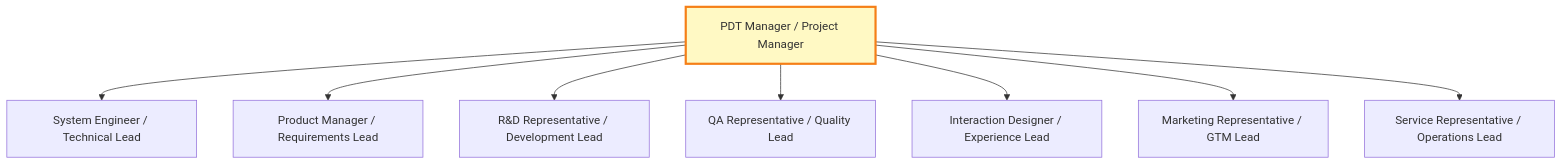
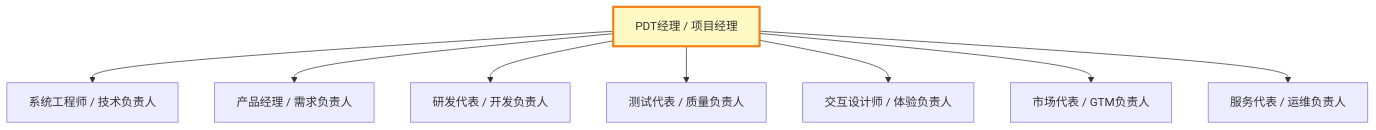
One commit to Kirky-X/cangjie changed diagram 15 of 18 in templates/Product/Strategy/Template-MRD.md. Above: the diagram before and after it, drawn with Mermaid. The commit also changed other lines of this file and 33 other files, not shown here.

````diff
--- a/templates/Product/Strategy/Template-MRD.md
+++ b/templates/Product/Strategy/Template-MRD.md
@@ -644,12 +644,12 @@
 ```mermaid
 graph TD
-    PDT[PDT Manager / Project Manager] --> SE[System Engineer / Technical Lead]
-    PDT --> PM[Product Manager / Requirements Lead]
-    PDT --> RD[R&D Representative / Development Lead]
-    PDT --> QA[QA Representative / Quality Lead]
-    PDT --> ID[Interaction Designer / Experience Lead]
-    PDT --> MKT[Marketing Representative / GTM Lead]
-    PDT --> SVC[Service Representative / Operations Lead]
+    PDT[PDT经理 / 项目经理] --> SE[系统工程师 / 技术负责人]
+    PDT --> PM[产品经理 / 需求负责人]
+    PDT --> RD[研发代表 / 开发负责人]
+    PDT --> QA[测试代表 / 质量负责人]
+    PDT --> ID[交互设计师 / 体验负责人]
+    PDT --> MKT[市场代表 / GTM负责人]
+    PDT --> SVC[服务代表 / 运维负责人]
 
     style PDT fill:#fff9c4,stroke:#f57f17,stroke-width:3px
 ```
````
